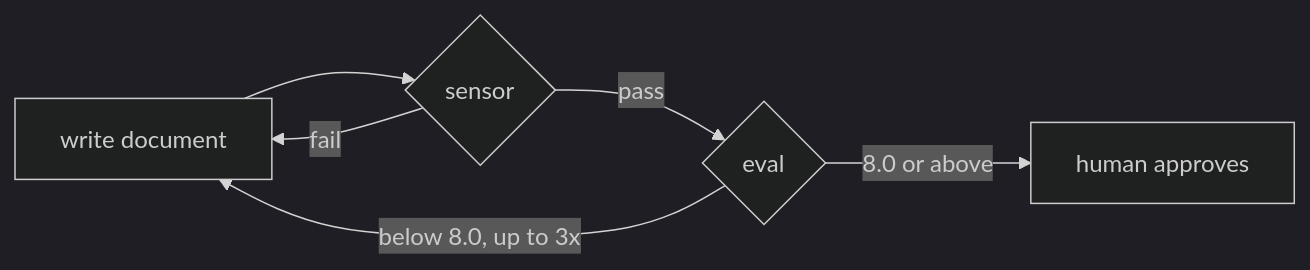
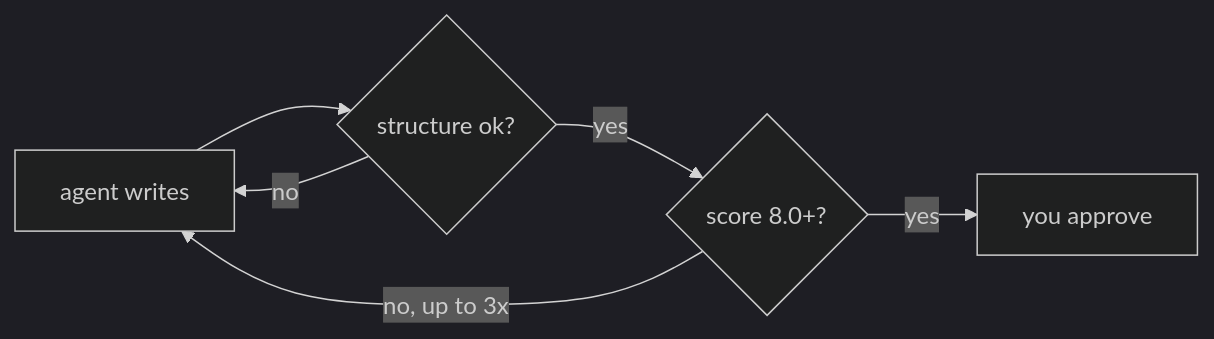
The diagram in README.md (Pierry/harness-kit), drawn with Mermaid (dark theme) before and after one commit. The commit also changed other lines of this file and 6 other files, not shown here.

````diff
--- a/README.md
+++ b/README.md
@@ -83,8 +63,8 @@
 ```mermaid
 flowchart LR
-    gen[write document] --> sensor{sensor}
-    sensor -->|fail| gen
-    sensor -->|pass| eval{eval}
-    eval -->|below 8.0, up to 3x| gen
-    eval -->|8.0 or above| approve[human approves]
+    write[agent writes] --> sensor{structure ok?}
+    sensor -->|no| write
+    sensor -->|yes| eval{score 8.0+?}
+    eval -->|no, up to 3x| write
+    eval -->|yes| you[you approve]
 ```
````
